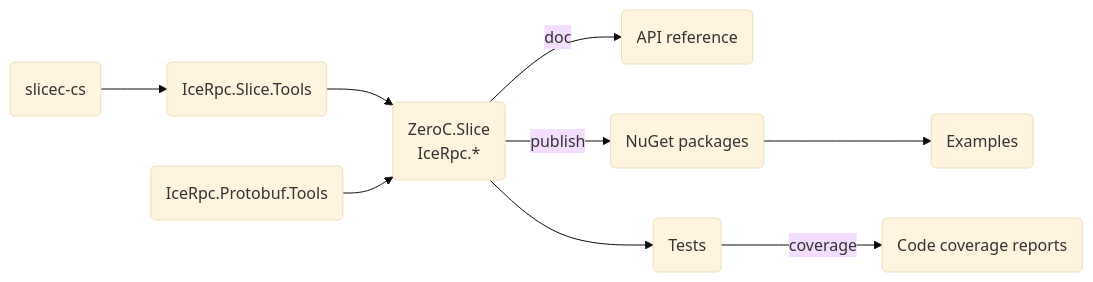
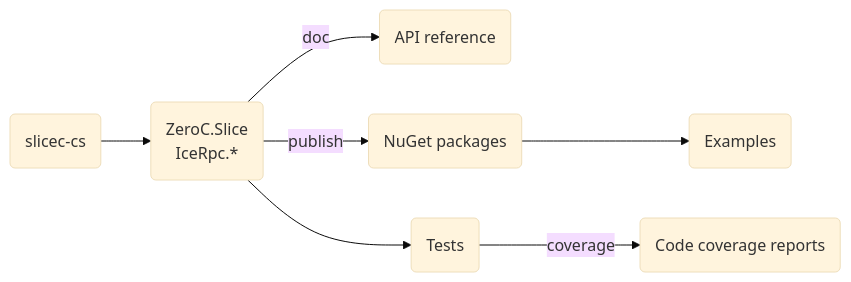
One commit to icerpc/icerpc-csharp changed the diagram in BUILDING.md. Above: the diagram before and after it, drawn with Mermaid (base theme). The commit also changed 18 other files, not shown here.

````diff
--- a/BUILDING.md
+++ b/BUILDING.md
@@ -61,8 +61,7 @@
 ```mermaid
 flowchart LR
-    compiler(slicec-cs) --> slice-tools(IceRpc.Slice.Tools) --> icerpc(ZeroC.Slice<br>IceRpc.*)
-    protobuf-tools(IceRpc.Protobuf.Tools) --> icerpc
+    compiler(slicec-cs) --> icerpc(ZeroC.Slice<br>IceRpc.*)
     icerpc -- doc --> api(API reference)
     icerpc -- publish --> nuget(NuGet packages) --> examples(Examples)
     icerpc --> tests(Tests) -- coverage --> cov(Code coverage reports)
 ```
````
